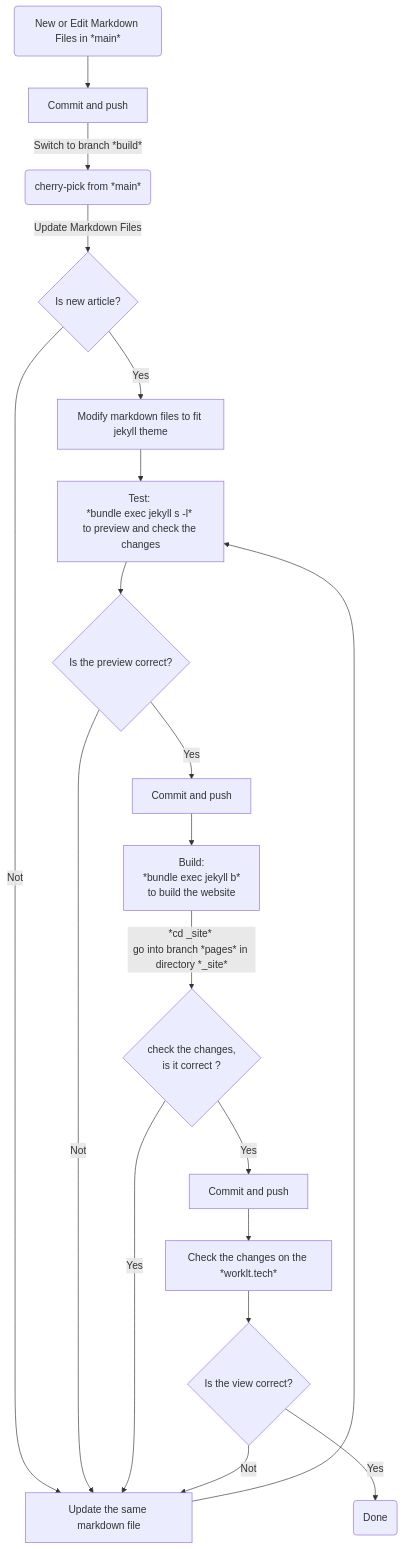
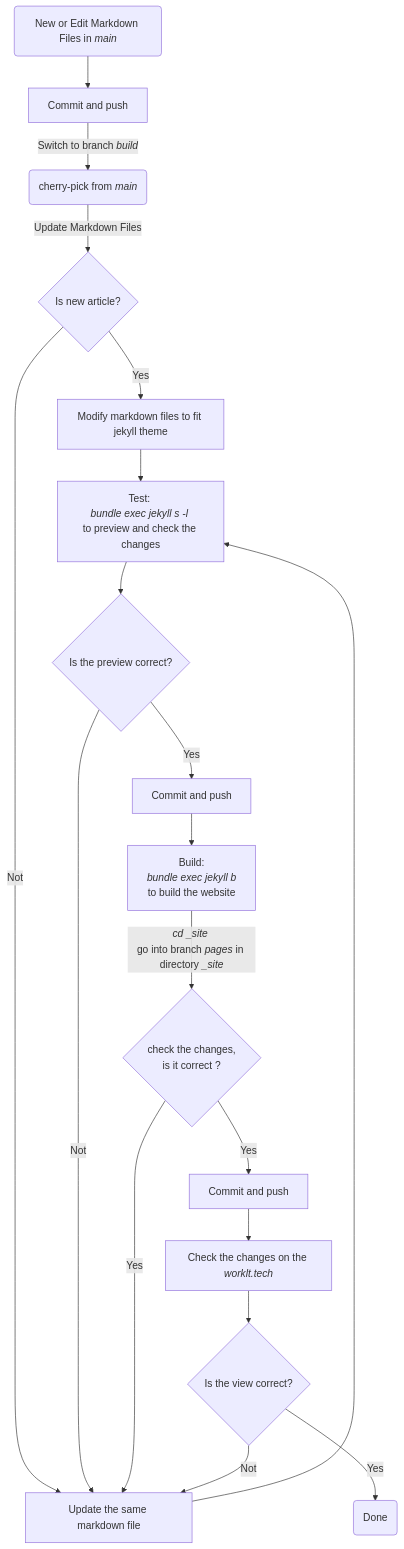
Before and after one commit to lustti/lustti.github.io: the diagram in README.md, drawn with Mermaid.

Commit message:
docs: use <i> for italic in gitlab

````diff
--- a/README.md
+++ b/README.md
@@ -20,25 +20,25 @@
 ```mermaid
 ---
 config:
   maxHeight: 100%
 ---
 flowchart TD
-    Main-1(New or Edit Markdown Files in *main*)-->Main-2[Commit and push]
-    Main-2-->|Switch to branch *build*| Build-1(cherry-pick from *main*)
+    Main-1(New or Edit Markdown Files in <i>main</i>)-->Main-2[Commit and push]
+    Main-2-->|Switch to branch <i>build</i>| Build-1(cherry-pick from <i>main</i>)
     Build-1 -->|Update Markdown Files| Build-2{Is new article?}
     Build-2 -->|Yes| Build-3[Modify markdown files to fit jekyll theme]
     Build-2 -->|Not| Build-4[Update the same markdown file]
     Build-3 --> Build-5
-    Build-4 --> Build-5[Test: <br>*bundle exec jekyll s -l* <br>to preview and check the changes]
+    Build-4 --> Build-5[Test: <br><i>bundle exec jekyll s -l</i> <br>to preview and check the changes]
     Build-5 --> Build-6{Is the preview correct?}
     Build-6 -->|Yes| Build-7[Commit and push]
     Build-6 -->|Not| Build-4
-    Build-7 --> Build-8[Build: <br>*bundle exec jekyll b* <br>to build the website]
-    Build-8 --> |*cd _site* <br>go into branch *pages* in directory *_site*| Pages-1{check the changes, <br>is it correct ?}
+    Build-7 --> Build-8[Build: <br><i>bundle exec jekyll b</i> <br>to build the website]
+    Build-8 --> |<i>cd _site</i> <br>go into branch <i>pages</i> in directory <i>_site</i>| Pages-1{check the changes, <br>is it correct ?}
     Pages-1 --> |Yes| Build-4
     Pages-1 --> |Yes| Pages-2[Commit and push]
-    Pages-2 --> Pages-3[Check the changes on the *worklt.tech*]
+    Pages-2 --> Pages-3[Check the changes on the <i>worklt.tech</i>]
     Pages-3 --> Pages-4{Is the view correct?}
     Pages-4 -->|Not| Build-4
     Pages-4 -->|Yes| N(Done)
 ```
````
